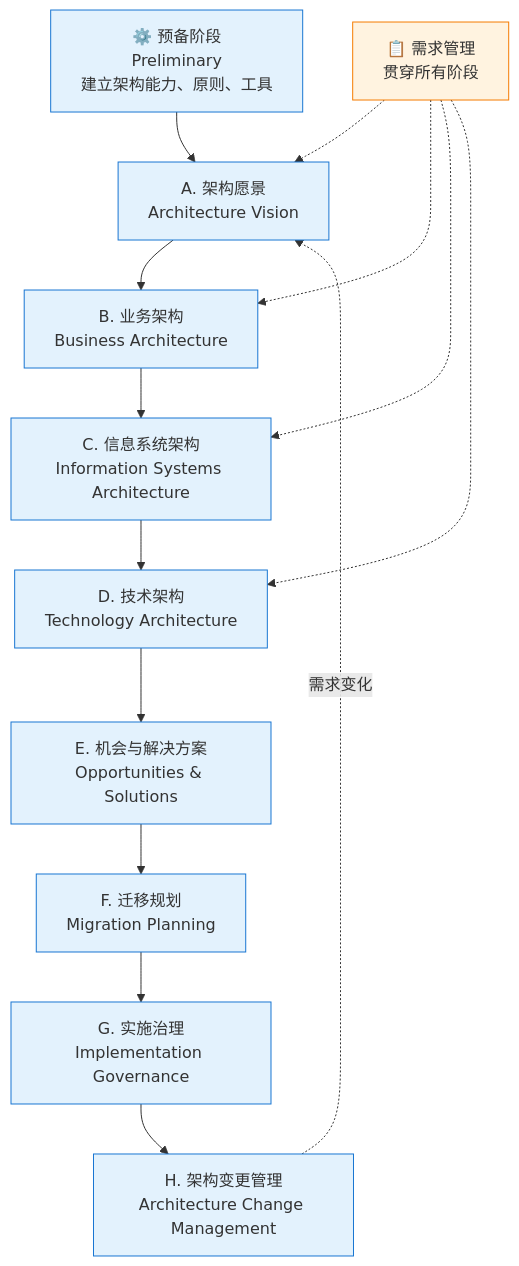
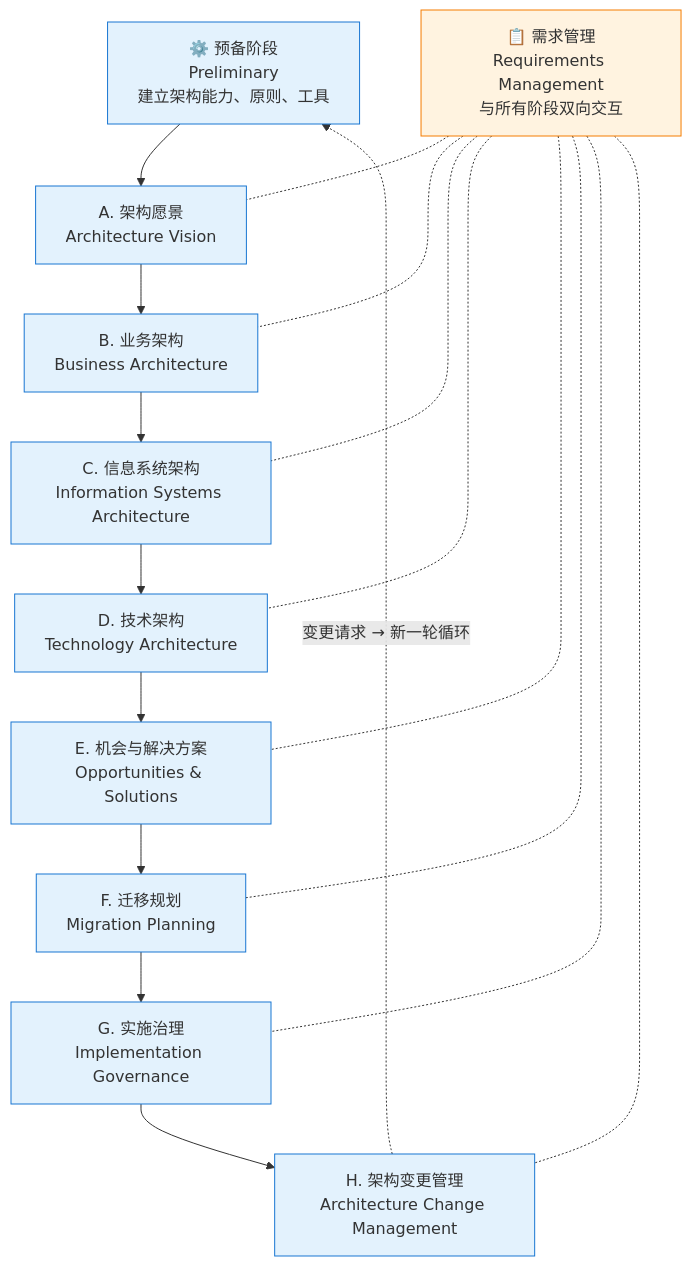
The first of 2 diagrams in 06.distributed-systems/01-foundation/system-design-basics/togaf/adm.md (wb04307201/note), drawn with Mermaid before and after one commit. The commit also changed other lines of this file, not shown here.

First line of the commit message:
feat(06.distributed-systems): togaf - §2.1 ADM 全景图升级为标准环形布局

````diff
--- a/06.distributed-systems/01-foundation/system-design-basics/togaf/adm.md
+++ b/06.distributed-systems/01-foundation/system-design-basics/togaf/adm.md
@@ -49,25 +87,24 @@
 ```mermaid
 graph TB
     Pre["⚙️ 预备阶段<br/>Preliminary<br/>建立架构能力、原则、工具"]
 
     Pre --> A["A. 架构愿景<br/>Architecture Vision"]
     A --> B["B. 业务架构<br/>Business Architecture"]
     B --> C["C. 信息系统架构<br/>Information Systems Architecture"]
     C --> D["D. 技术架构<br/>Technology Architecture"]
     D --> E["E. 机会与解决方案<br/>Opportunities & Solutions"]
     E --> F["F. 迁移规划<br/>Migration Planning"]
     F --> G["G. 实施治理<br/>Implementation Governance"]
     G --> H["H. 架构变更管理<br/>Architecture Change Management"]
 
-    H -.->|"需求变化"| A
+    H -.->|"变更请求 → 新一轮循环"| Pre
 
-    RM["📋 需求管理<br/>贯穿所有阶段"] -.-> A
-    RM -.-> B
-    RM -.-> C
-    RM -.-> D
+    RM["📋 需求管理<br/>Requirements Management<br/>与所有阶段双向交互"]
+    RM -.- A & B & C & D
+    RM -.- E & F & G & H
 
     classDef phase fill:#e3f2fd,stroke:#1976d2
     classDef req fill:#fff3e0,stroke:#f57c00
     class Pre,A,B,C,D,E,F,G,H phase
     class RM req
 ```
````
